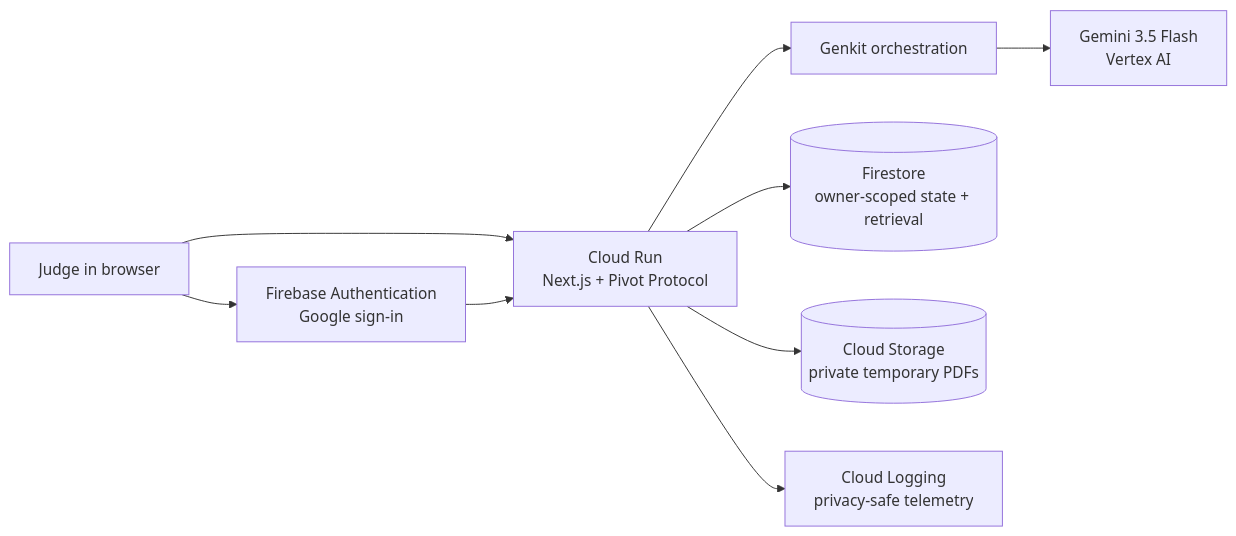
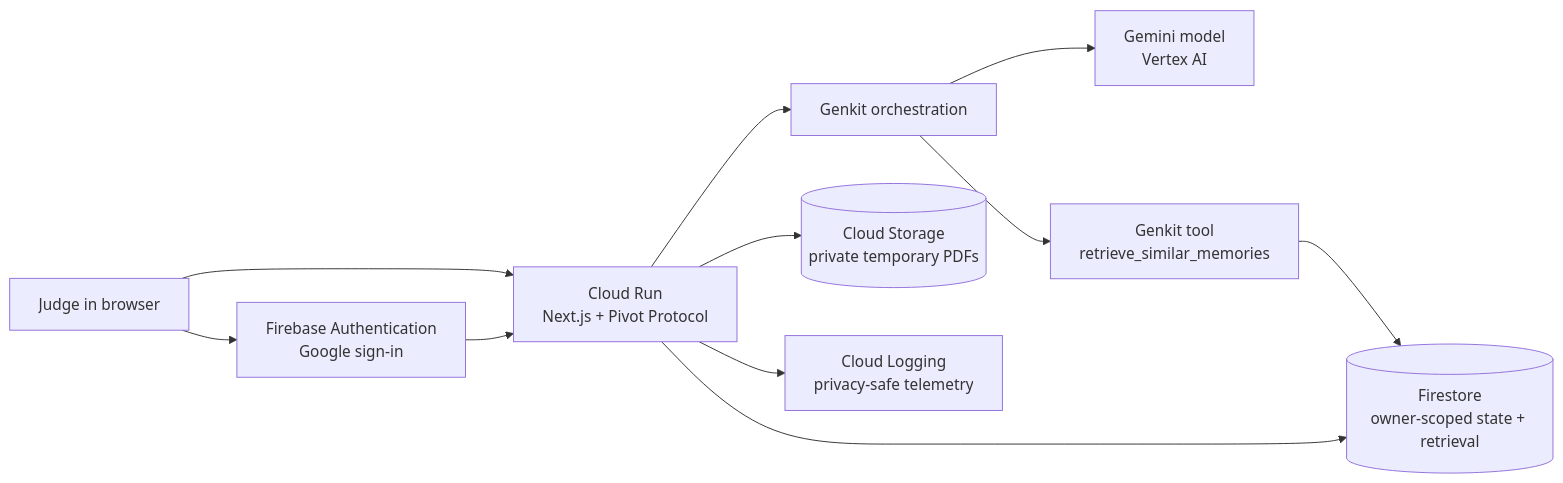
One commit to Pcworker996/unstuck changed the diagram in docs/judging-path.md. Above: the diagram before and after it, drawn with Mermaid. The commit also changed other lines of this file and 15 other files, not shown here.

````diff
--- a/docs/judging-path.md
+++ b/docs/judging-path.md
@@ -18,20 +18,23 @@
 ```mermaid
 flowchart LR
   Person[Judge in browser]
   Auth[Firebase Authentication\nGoogle sign-in]
   Run[Cloud Run\nNext.js + Pivot Protocol]
   Genkit[Genkit orchestration]
-  Gemini[Gemini 3.5 Flash\nVertex AI]
+  Gemini[Gemini model\nVertex AI]
+  MemoryTool[Genkit tool\nretrieve_similar_memories]
   Firestore[(Firestore\nowner-scoped state + retrieval)]
   Storage[(Cloud Storage\nprivate temporary PDFs)]
   Logs[Cloud Logging\nprivacy-safe telemetry]
 
   Person --> Auth
   Person --> Run
   Auth --> Run
   Run --> Genkit
   Genkit --> Gemini
+  Genkit --> MemoryTool
+  MemoryTool --> Firestore
   Run --> Firestore
   Run --> Storage
   Run --> Logs
 ```
````
